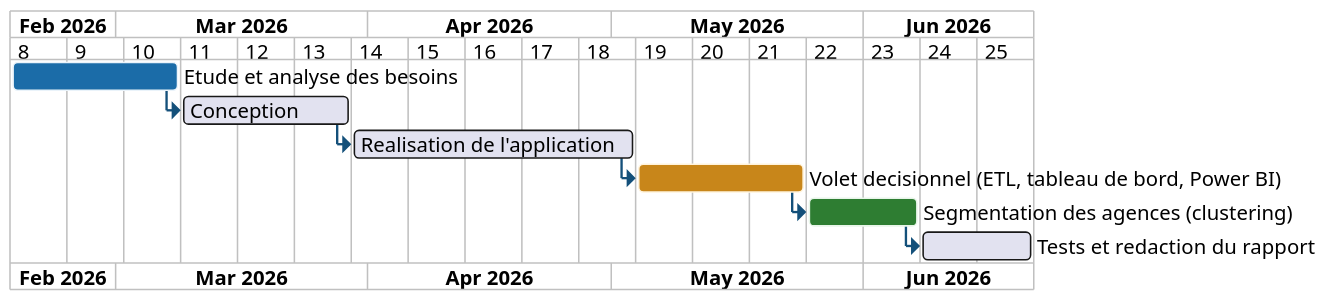
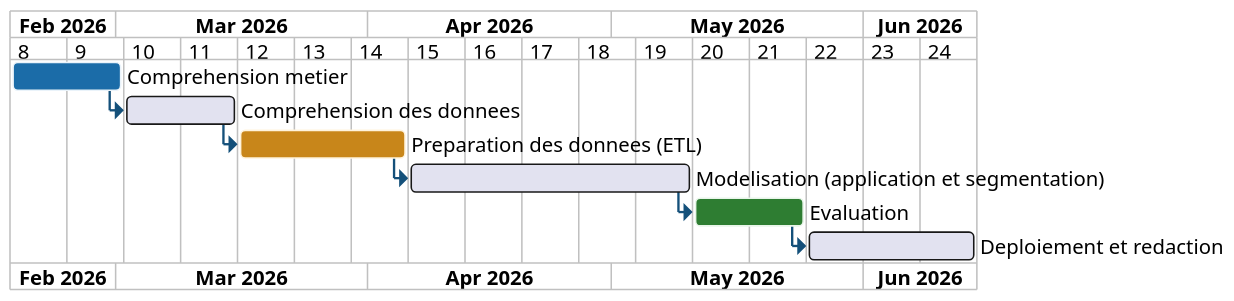
The diagram in rapport-latex/diagrams/gantt.puml (ZizouX0/oussema_korbosli), drawn with PlantUML before and after one commit. The commit also changed 9 other files, not shown here.

```diff
--- a/rapport-latex/diagrams/gantt.puml
+++ b/rapport-latex/diagrams/gantt.puml
@@ -1,26 +1,26 @@
 @startgantt
 
 skinparam dpi 150
 skinparam shadowing false
 skinparam DefaultFontName Arial
 skinparam DefaultFontSize 13
 skinparam ArrowColor #14507A
 skinparam roundCorner 6
 
 printscale weekly
 Project starts 2026-02-16
-[Etude et analyse des besoins] as [P1] lasts 3 weeks
+[Comprehension metier] as [P1] lasts 2 weeks
 [P1] is colored in #1B6CA8/#EAF3FA
-[Conception] as [P2] lasts 3 weeks
+[Comprehension des donnees] as [P2] lasts 2 weeks
 [P2] starts at [P1]'s end
-[Realisation de l'application] as [P3] lasts 5 weeks
+[Preparation des donnees (ETL)] as [P3] lasts 3 weeks
 [P3] starts at [P2]'s end
-[Volet decisionnel (ETL, tableau de bord, Power BI)] as [P4] lasts 3 weeks
+[P3] is colored in #C8861A/#FFF3DC
+[Modelisation (application et segmentation)] as [P4] lasts 5 weeks
 [P4] starts at [P3]'s end
-[P4] is colored in #C8861A/#FFF3DC
-[Segmentation des agences (clustering)] as [P5] lasts 2 weeks
+[Evaluation] as [P5] lasts 2 weeks
 [P5] starts at [P4]'s end
 [P5] is colored in #2E7D32/#E8F5E9
-[Tests et redaction du rapport] as [P6] lasts 2 weeks
+[Deploiement et redaction] as [P6] lasts 3 weeks
 [P6] starts at [P5]'s end
 @endgantt
```
